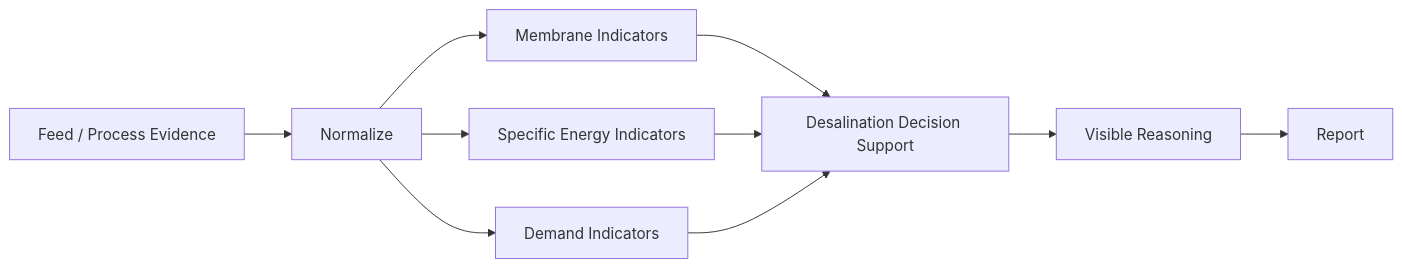
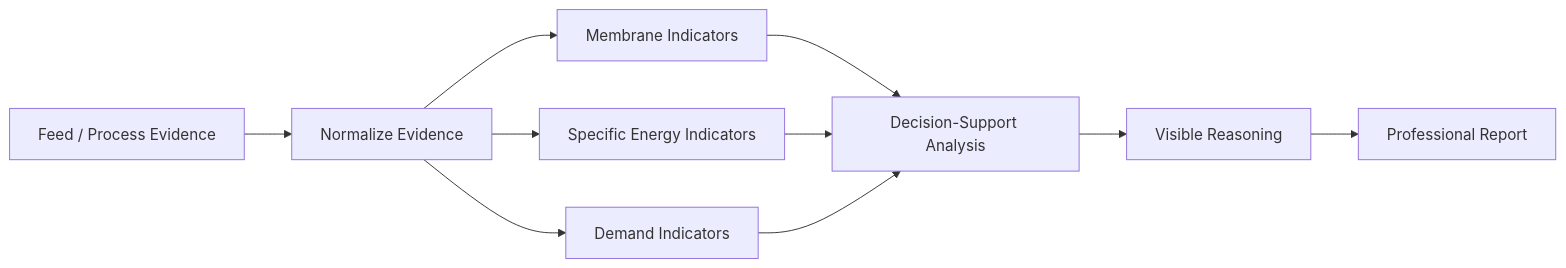
Before and after one commit to HaziqBinAfzal/AquaVigil: the fourth of 8 diagrams in README.md, drawn with Mermaid. The commit also changed other lines of this file, not shown here.

````diff
--- a/README.md
+++ b/README.md
@@ -178,12 +303,15 @@
 ```mermaid
 flowchart LR
-    FEED[Feed / Process Evidence] --> N[Normalize]
-    N --> MEM[Membrane Indicators]
-    N --> EN[Specific Energy Indicators]
-    N --> DEM[Demand Indicators]
-    MEM --> DS[Desalination Decision Support]
-    EN --> DS
-    DEM --> DS
-    DS --> WHY[Visible Reasoning]
-    WHY --> REP[Report]
+    A["Feed / Process Evidence"] --> B["Normalize Evidence"]
+
+    B --> C["Membrane Indicators"]
+    B --> D["Specific Energy Indicators"]
+    B --> E["Demand Indicators"]
+
+    C --> F["Decision-Support Analysis"]
+    D --> F
+    E --> F
+
+    F --> G["Visible Reasoning"]
+    G --> H["Professional Report"]
 ```
````
